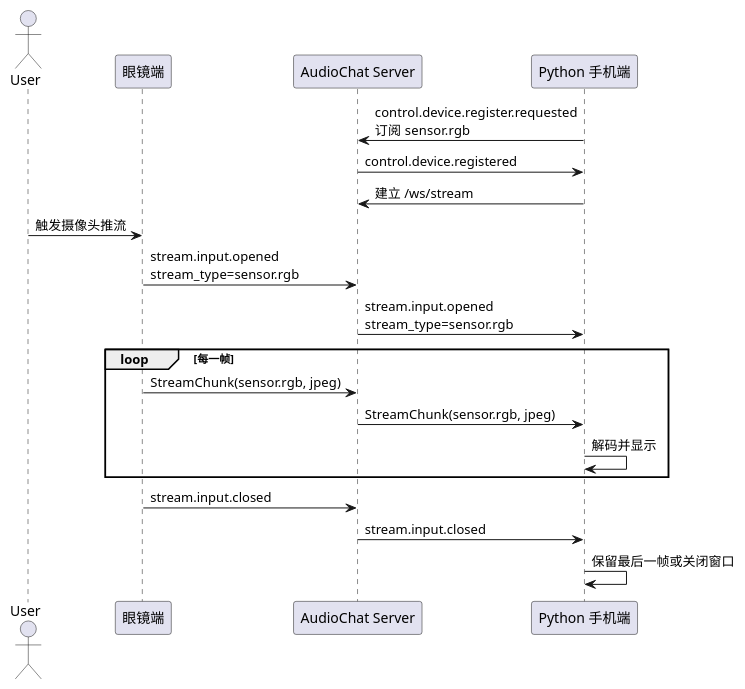
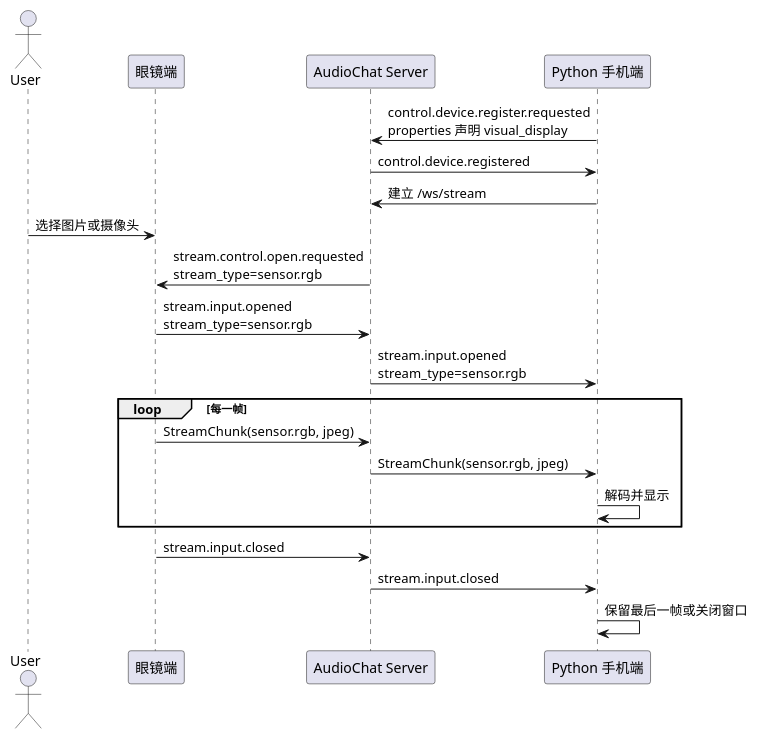
Before and after one commit to HengeLiu/RealtimeAgent: the third of 3 diagrams in examples/dev-support/devices/python-phone/VIDEO_DISPLAY_DESIGN.md, drawn with PlantUML. The commit also changed other lines of this file and 4 other files, not shown here.

````diff
--- a/examples/dev-support/devices/python-phone/VIDEO_DISPLAY_DESIGN.md
+++ b/examples/dev-support/devices/python-phone/VIDEO_DISPLAY_DESIGN.md
@@ -207,26 +378,27 @@
 ```plantuml
 @startuml
 actor User
 participant Glass as "眼镜端"
 participant Server as "AudioChat Server"
 participant Phone as "Python 手机端"
 
-Phone -> Server: control.device.register.requested\n订阅 sensor.rgb
+Phone -> Server: control.device.register.requested\nproperties 声明 visual_display
 Server -> Phone: control.device.registered
 Phone -> Server: 建立 /ws/stream
 
-User -> Glass: 触发摄像头推流
+User -> Glass: 选择图片或摄像头
+Server -> Glass: stream.control.open.requested\nstream_type=sensor.rgb
 Glass -> Server: stream.input.opened\nstream_type=sensor.rgb
 Server -> Phone: stream.input.opened\nstream_type=sensor.rgb
 
 loop 每一帧
   Glass -> Server: StreamChunk(sensor.rgb, jpeg)
   Server -> Phone: StreamChunk(sensor.rgb, jpeg)
   Phone -> Phone: 解码并显示
 end
 
 Glass -> Server: stream.input.closed
 Server -> Phone: stream.input.closed
 Phone -> Phone: 保留最后一帧或关闭窗口
 @enduml
 ```
````
